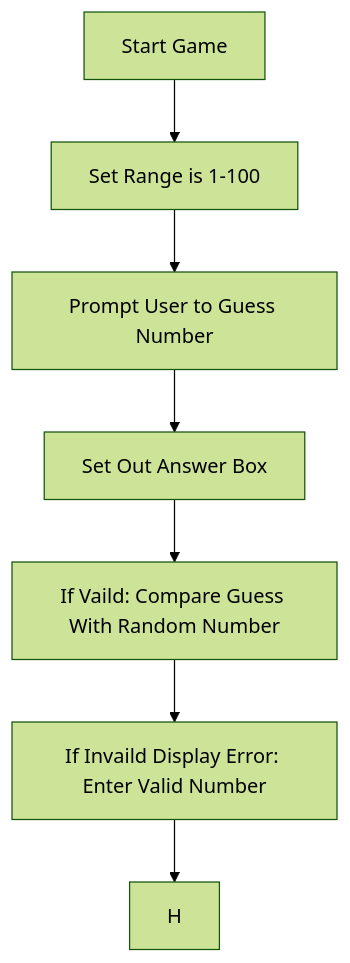
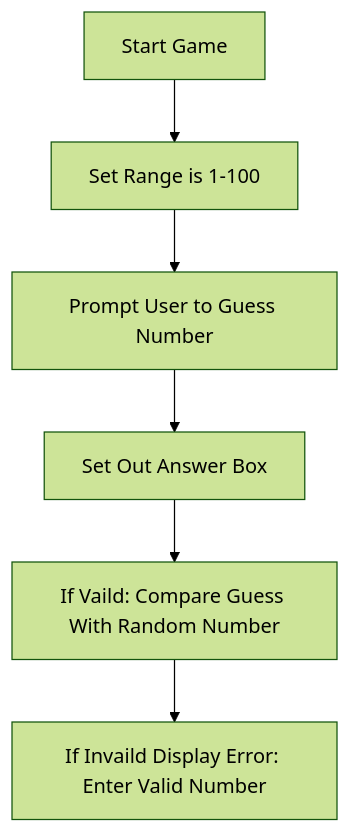
One commit to tanvirvirdi/tanvirvirdi.github.io changed the diagram in Guessing.md. Above: the diagram before and after it, drawn with Mermaid (forest theme).

````diff
--- a/Guessing.md
+++ b/Guessing.md
@@ -1,9 +1,8 @@
 ```mermaid
 flowchart TD;
     A[Start Game] --> B[Set Range is 1-100];
     B--> C[Prompt User to Guess Number];
     C--> D[Set Out Answer Box];
     D--> E[If Vaild: Compare Guess With Random Number];
-    E--> G[If Invaild Display Error: Enter Valid Number];
-    G--> H;
+    E--> F[If Invaild Display Error: Enter Valid Number];
 ```
````
